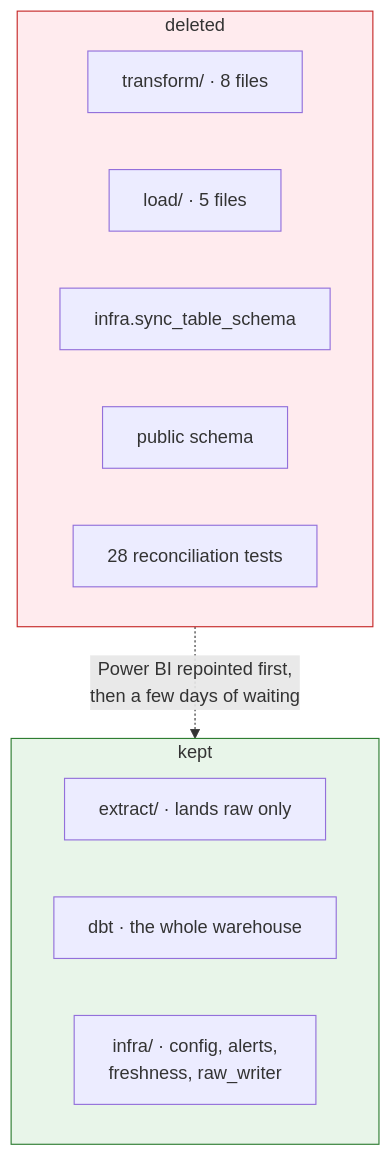
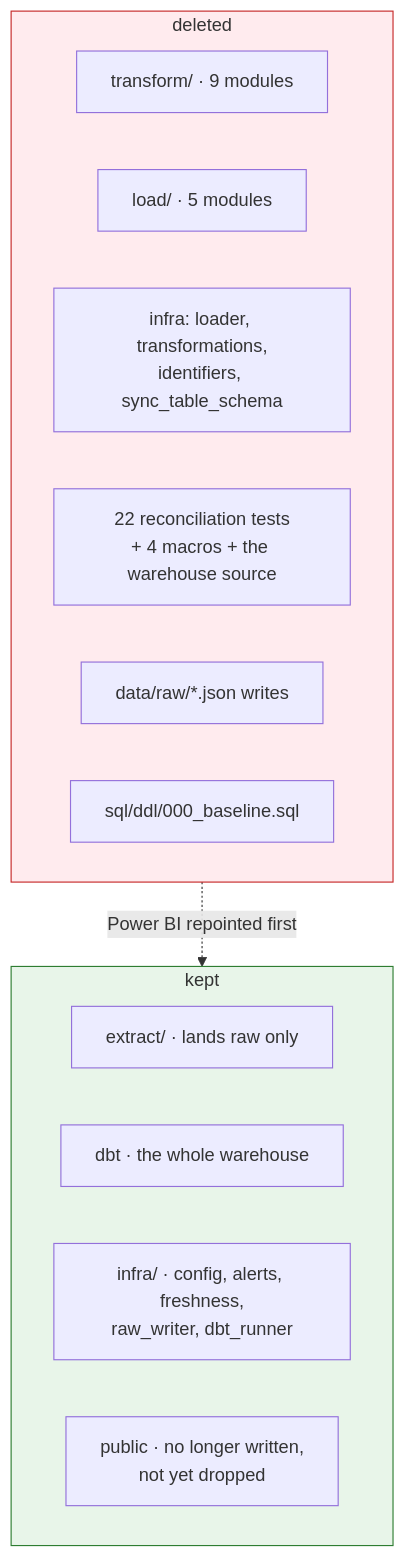
Before and after one commit to AntonioAugustoF/sga-api-pipeline: the fifth of 5 diagrams in static/architecture.md, drawn with Mermaid. The commit also changed other lines of this file and 78 other files, not shown here.

````diff
--- a/static/architecture.md
+++ b/static/architecture.md
@@ -203,22 +168,24 @@
 ```mermaid
 flowchart TB
     subgraph GO["deleted"]
-        X1["transform/ · 8 files"]
-        X2["load/ · 5 files"]
-        X3["infra.sync_table_schema"]
-        X4["public schema"]
-        X5["28 reconciliation tests"]
+        X1["transform/ · 9 modules"]
+        X2["load/ · 5 modules"]
+        X3["infra: loader, transformations,<br/>identifiers, sync_table_schema"]
+        X4["22 reconciliation tests<br/>+ 4 macros + the warehouse source"]
+        X5["data/raw/*.json writes"]
+        X6["sql/ddl/000_baseline.sql"]
     end
     subgraph STAY["kept"]
         Y1["extract/ · lands raw only"]
         Y2["dbt · the whole warehouse"]
-        Y3["infra/ · config, alerts,<br/>freshness, raw_writer"]
+        Y3["infra/ · config, alerts, freshness,<br/>raw_writer, dbt_runner"]
+        Y4["public · no longer written,<br/>not yet dropped"]
     end
 
-    GO -.->|"Power BI repointed first,<br/>then a few days of waiting"| STAY
+    GO -.->|"Power BI repointed first"| STAY
 
     classDef bad fill:#ffebee,stroke:#c62828
     classDef good fill:#e8f5e9,stroke:#2e7d32
     class GO bad
     class STAY good
 ```
````
